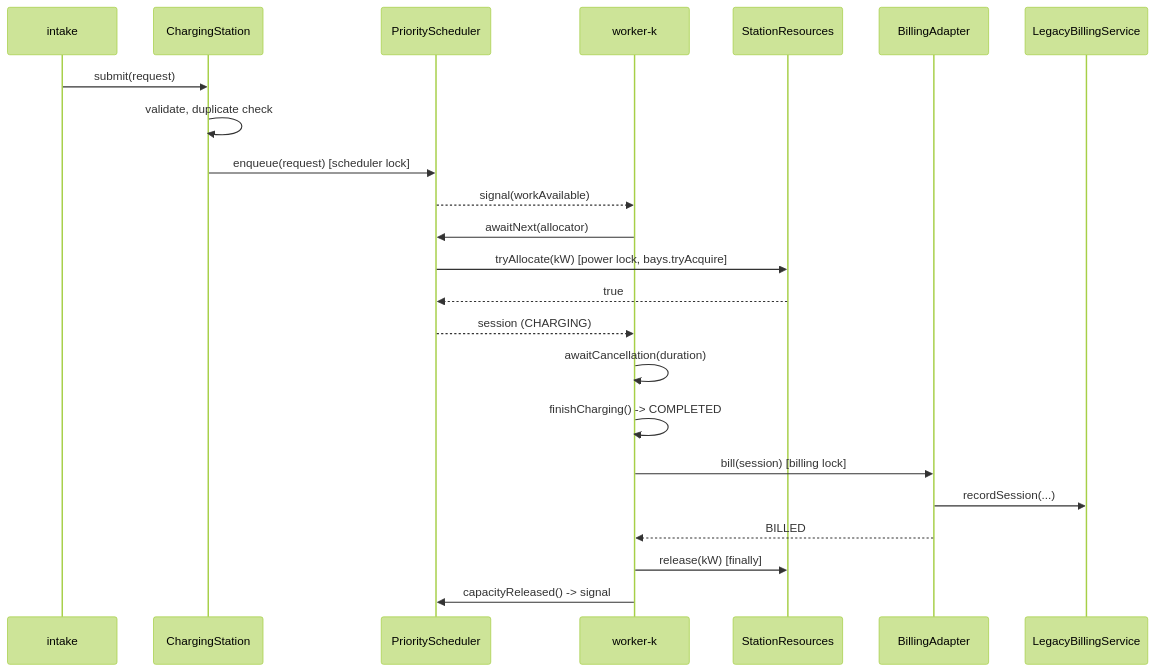
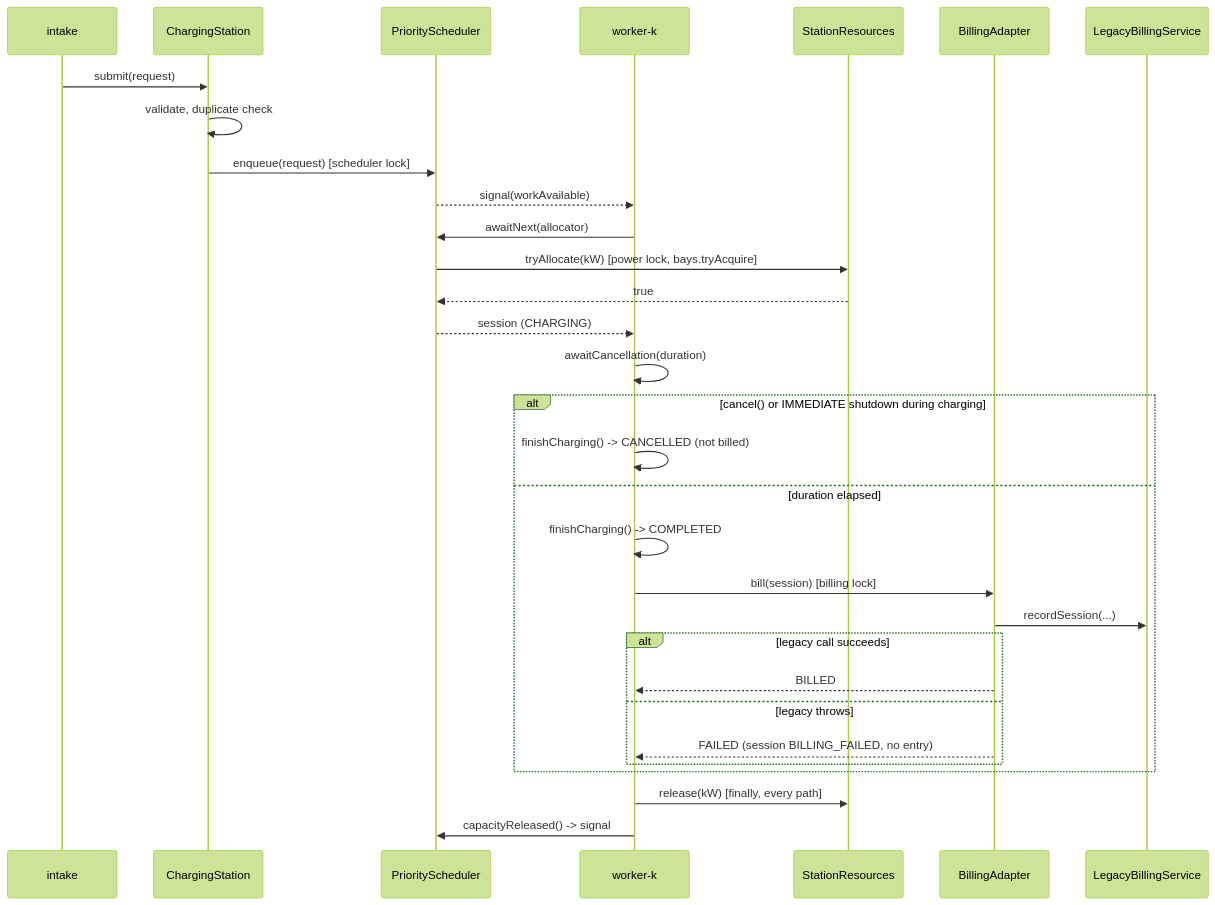
The diagram in docs/diagrams/sequence-request-to-billing.mmd (ruchiranagare09/smartcharge), drawn with Mermaid (forest theme) before and after one commit. The commit also changed 7 other files, not shown here.

Commit message:
Complete UML models: Allocator/Config/enums in class diagram, cancel and billing-failure paths in sequence, include stereotype; trace contract violations to tests

```diff
--- a/docs/diagrams/sequence-request-to-billing.mmd
+++ b/docs/diagrams/sequence-request-to-billing.mmd
@@ -1,23 +1,31 @@
 sequenceDiagram
     participant I as intake
     participant St as ChargingStation
     participant Sc as PriorityScheduler
     participant W as worker-k
     participant R as StationResources
     participant B as BillingAdapter
     participant L as LegacyBillingService
     I->>St: submit(request)
     St->>St: validate, duplicate check
     St->>Sc: enqueue(request) [scheduler lock]
     Sc-->>W: signal(workAvailable)
     W->>Sc: awaitNext(allocator)
     Sc->>R: tryAllocate(kW) [power lock, bays.tryAcquire]
     R-->>Sc: true
     Sc-->>W: session (CHARGING)
     W->>W: awaitCancellation(duration)
-    W->>W: finishCharging() -> COMPLETED
-    W->>B: bill(session) [billing lock]
-    B->>L: recordSession(...)
-    B-->>W: BILLED
-    W->>R: release(kW) [finally]
+    alt cancel() or IMMEDIATE shutdown during charging
+        W->>W: finishCharging() -> CANCELLED (not billed)
+    else duration elapsed
+        W->>W: finishCharging() -> COMPLETED
+        W->>B: bill(session) [billing lock]
+        B->>L: recordSession(...)
+        alt legacy call succeeds
+            B-->>W: BILLED
+        else legacy throws
+            B-->>W: FAILED (session BILLING_FAILED, no entry)
+        end
+    end
+    W->>R: release(kW) [finally, every path]
     W->>Sc: capacityReleased() -> signal
```
